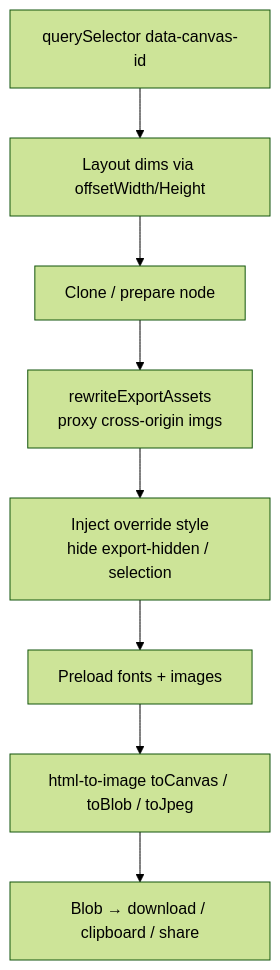
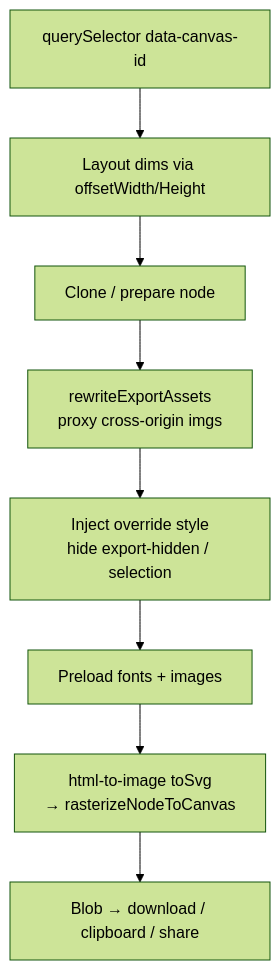
Before and after one commit to ShivaBhattacharjee/Tokokino: the first of 2 diagrams in wiki/core/still-export.md, drawn with Mermaid (forest theme). The commit also changed other lines of this file and 3 other files, not shown here.

````diff
--- a/wiki/core/still-export.md
+++ b/wiki/core/still-export.md
@@ -34,10 +34,10 @@
 ```mermaid
 flowchart TD
   Find["querySelector data-canvas-id"] --> Dim["Layout dims via offsetWidth/Height"]
   Dim --> Prep["Clone / prepare node"]
   Prep --> Assets["rewriteExportAssets<br/>proxy cross-origin imgs"]
   Assets --> Style["Inject override style<br/>hide export-hidden / selection"]
   Style --> Preload["Preload fonts + images"]
-  Preload --> FO["html-to-image toCanvas / toBlob / toJpeg"]
+  Preload --> FO["html-to-image toSvg<br/>→ rasterizeNodeToCanvas"]
   FO --> Out["Blob → download / clipboard / share"]
 ```
````
